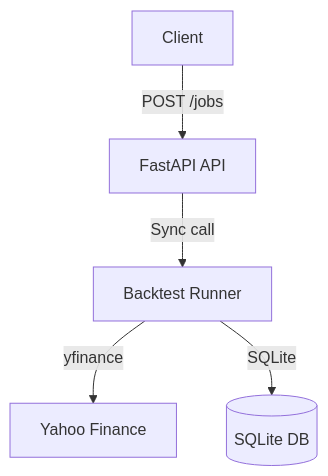
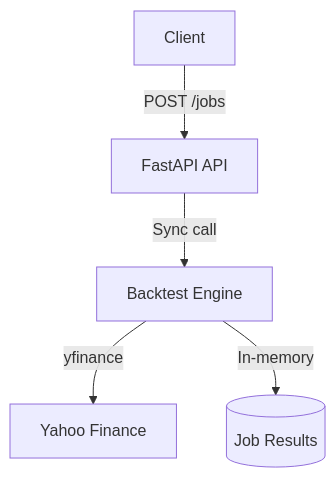
The diagram in README.md (Thinh-nguyen-03/backgrid), drawn with Mermaid before and after one commit. The commit also changed other lines of this file and 2 other files, not shown here.

````diff
--- a/README.md
+++ b/README.md
@@ -41,7 +52,7 @@
 ```mermaid
 graph TD
     A[Client] -->|POST /jobs| B[FastAPI API]
-    B -->|Sync call| C[Backtest Runner]
+    B -->|Sync call| C[Backtest Engine]
     C -->|yfinance| D[Yahoo Finance]
-    C -->|SQLite| E[(SQLite DB)]
+    C -->|In-memory| E[(Job Results)]
 ```
````
